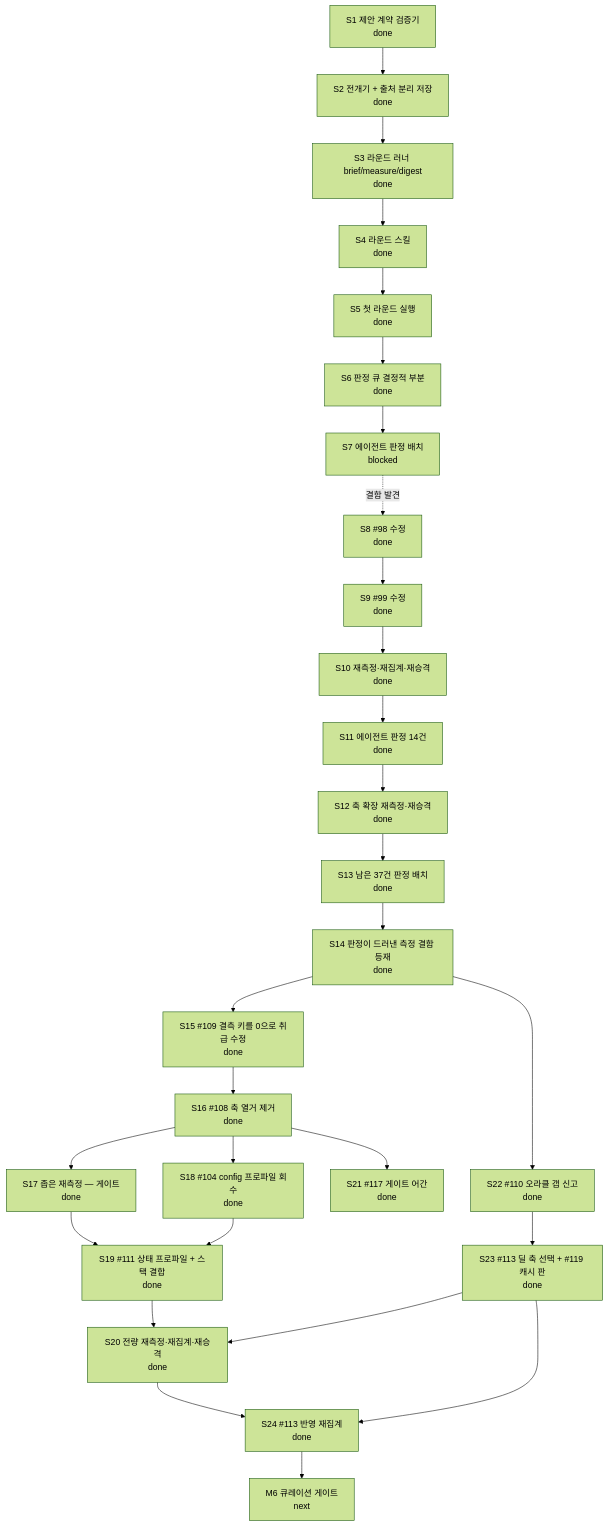
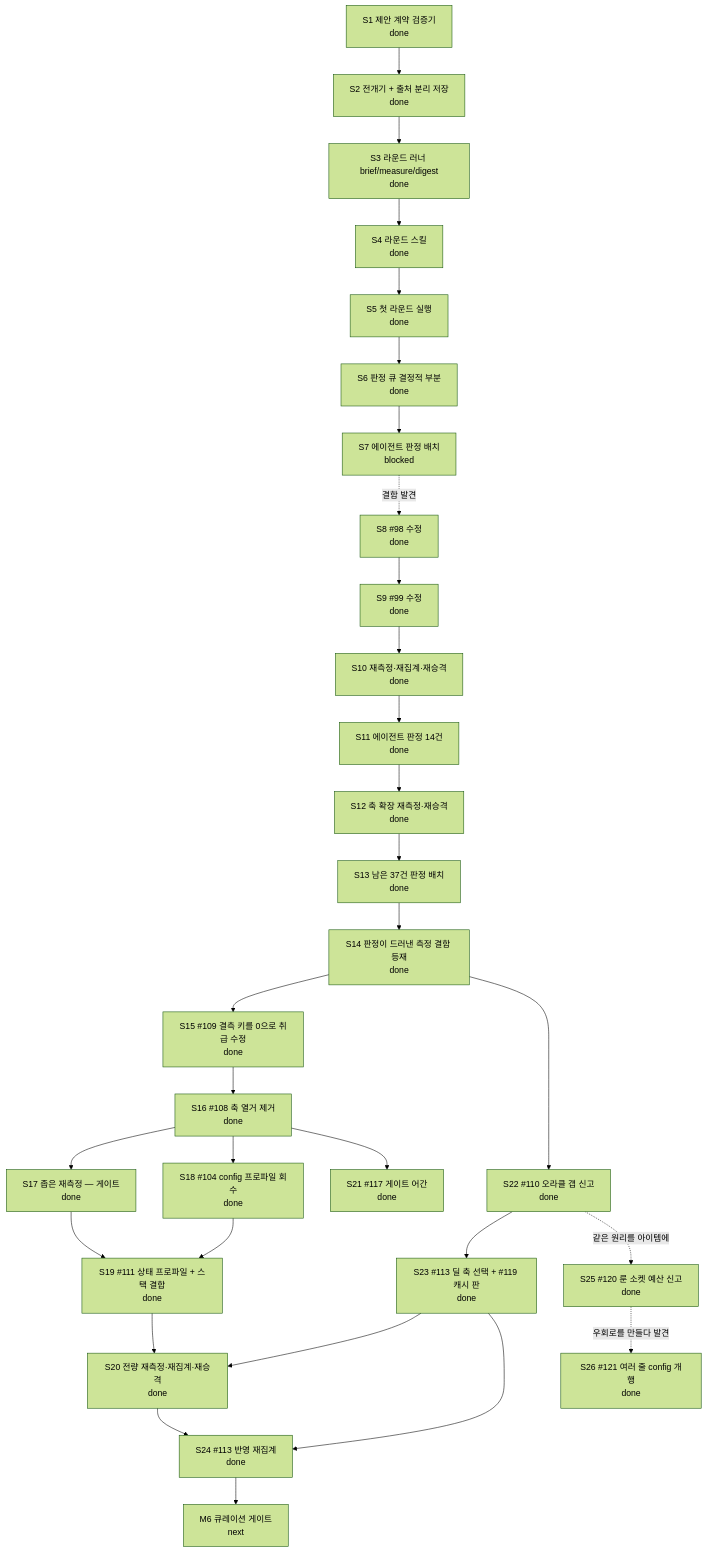
The diagram in docs/CURRENT-PLAN.md (skerfolg/poe2-ai-wiki), drawn with Mermaid (forest theme) before and after one commit. The commit also changed other lines of this file and 17 other files, not shown here.

````diff
--- a/docs/CURRENT-PLAN.md
+++ b/docs/CURRENT-PLAN.md
@@ -23,38 +23,42 @@
 ```mermaid
 flowchart TD
   CONTRACT[S1 제안 계약 검증기<br/>done]
   FLOW[S2 전개기 + 출처 분리 저장<br/>done]
   ROUND[S3 라운드 러너 brief/measure/digest<br/>done]
   SKILL[S4 라운드 스킬<br/>done]
   FIRST[S5 첫 라운드 실행<br/>done]
   NECESS[S6 판정 큐 결정적 부분<br/>done]
   JUDGE[S7 에이전트 판정 배치<br/>blocked]
   FIX[S8 #98 수정<br/>done]
   REMEAS[S9 #99 수정<br/>done]
   REAGG[S10 재측정·재집계·재승격<br/>done]
   RESUME[S11 에이전트 판정 14건<br/>done]
   AXES[S12 축 확장 재측정·재승격<br/>done]
   NEXT2[S13 남은 37건 판정 배치<br/>done]
   DEF[S14 판정이 드러낸 측정 결함 등재<br/>done]
   FIXDELTA[S15 #109 결측 키를 0으로 취급 수정<br/>done]
   WIDEN[S16 #108 축 열거 제거<br/>done]
   NARROW[S17 좁은 재측정 — 게이트<br/>done]
   CFG[S18 #104 config 프로파일 회수<br/>done]
   CPL[S19 #111 상태 프로파일 + 스택 결합<br/>done]
   FULL[S20 전량 재측정·재집계·재승격<br/>done]
   STEM[S21 #117 게이트 어간<br/>done]
   ORACLE[S22 #110 오라클 갭 신고<br/>done]
   AXIS[S23 #113 딜 축 선택 + #119 캐시 판<br/>done]
   REAGG2[S24 #113 반영 재집계<br/>done]
+  SOCKET[S25 #120 룬 소켓 예산 신고<br/>done]
+  ATTR[S26 #121 여러 줄 config 개행<br/>done]
   M6[M6 큐레이션 게이트<br/>next]
   CONTRACT --> FLOW --> ROUND --> SKILL --> FIRST --> NECESS --> JUDGE
   JUDGE -. 결함 발견 .-> FIX --> REMEAS --> REAGG --> RESUME --> AXES --> NEXT2
   NEXT2 --> DEF --> FIXDELTA --> WIDEN --> NARROW --> CPL --> FULL
   WIDEN --> CFG --> CPL
   WIDEN --> STEM
   DEF --> ORACLE
   ORACLE --> AXIS --> FULL
   FULL --> REAGG2
   AXIS --> REAGG2
   REAGG2 --> M6
+  ORACLE -. 같은 원리를 아이템에 .-> SOCKET
+  SOCKET -. 우회로를 만들다 발견 .-> ATTR
 ```
````
